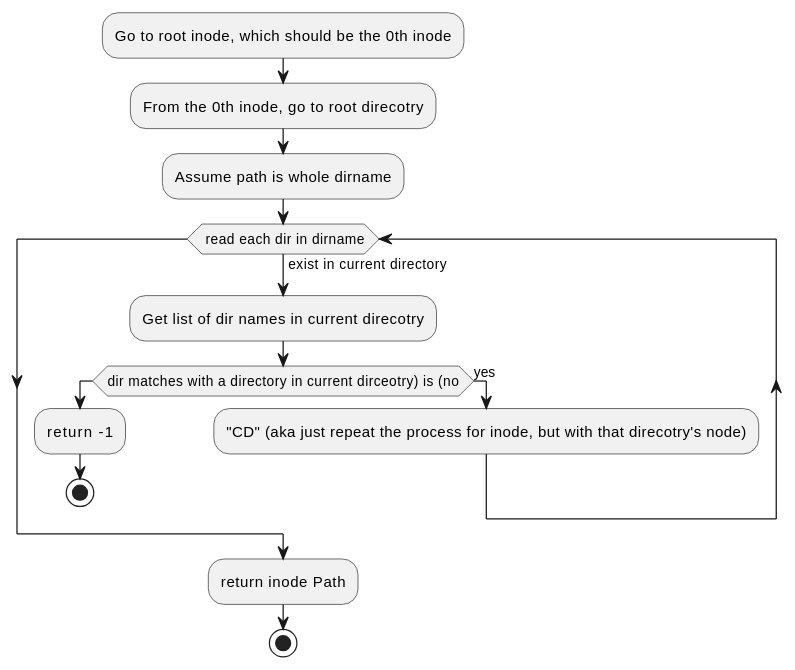
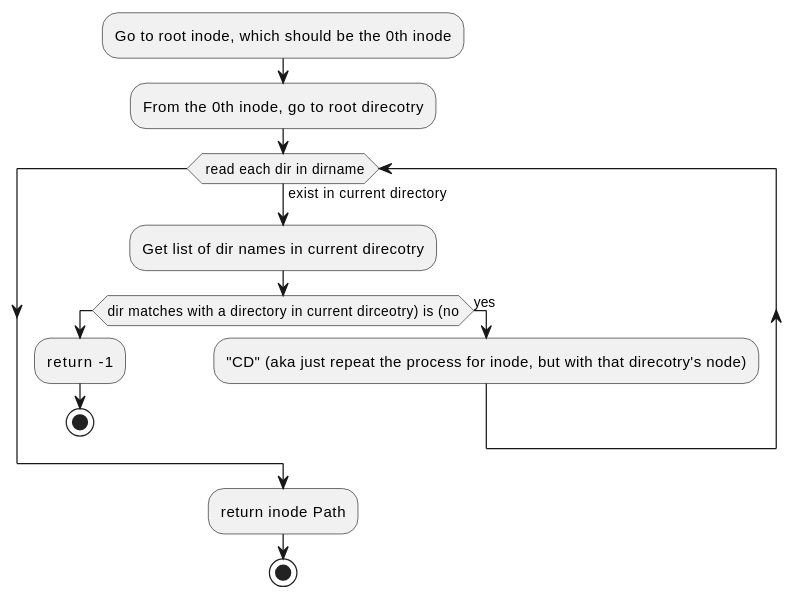
One commit to HawaiinPizza/CIS-450-final-project changed the fourth of 21 diagrams in Plan.org. Above: the diagram before and after it, drawn with PlantUML. The commit also changed other lines of this file and 26 other files, not shown here.

```diff
--- a/Plan.org
+++ b/Plan.org
@@ -388,20 +325,19 @@
-      #+BEGIN_SRC plantuml  :file Plant/getDirPath.png
+      #+BEGIN_SRC plantuml  :file Plant/getInode.png
       @startuml
       :Go to root inode, which should be the 0th inode;
       :From the 0th inode, go to root direcotry;
-      :Assume path is whole dirname;
 	while( read each dir in dirname) is (exist in current directory)
 		:Get list of dir names in current direcotry;
 		if(dir matches with a directory in current dirceotry) is (no)
 			:return  -1;
 			stop
 		else (yes)
 			:"CD" (aka just repeat the process for inode, but with that direcotry's node);
 		endif
 	endwhile
 	:return inode Path;
 	stop
       
      
 	@enduml
       #+END_SRC
```
